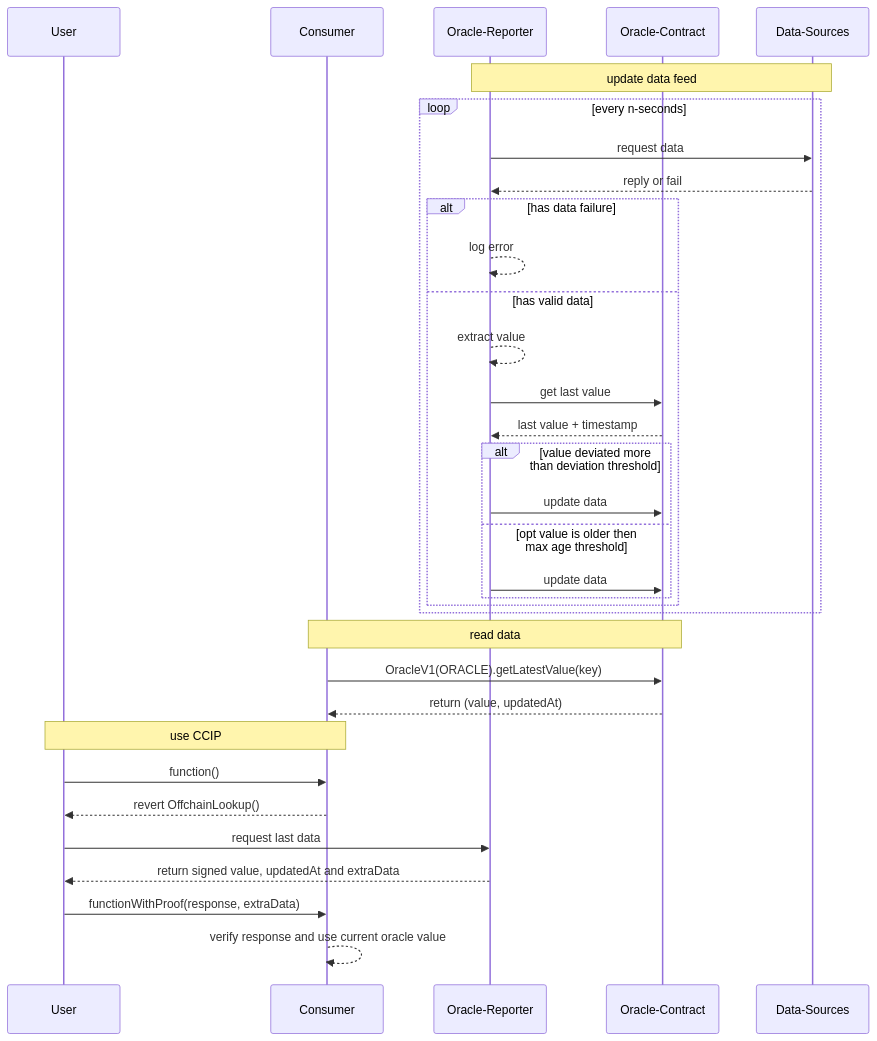
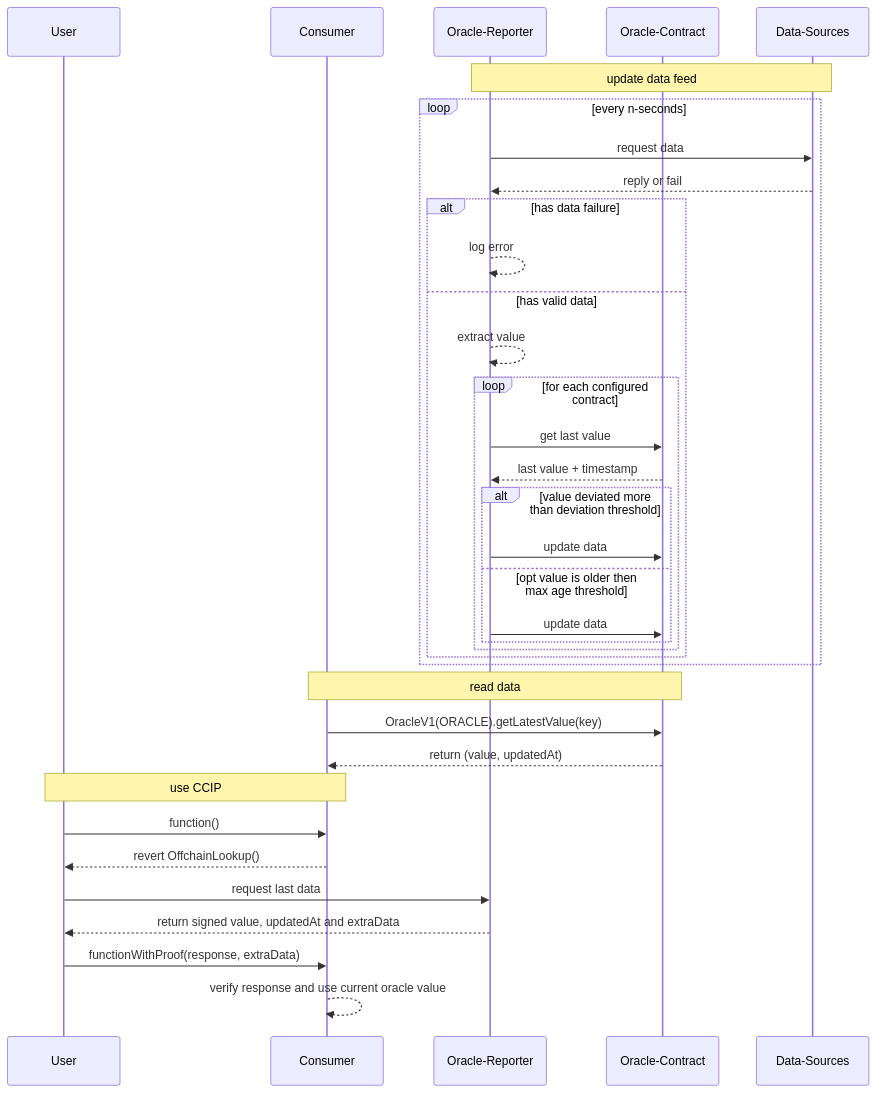
Before and after one commit to vechain/grant-program: the diagram in applications/oracle.vechain.energy.md, drawn with Mermaid. The commit also changed other lines of this file, not shown here.

````diff
--- a/applications/oracle.vechain.energy.md
+++ b/applications/oracle.vechain.energy.md
@@ -102,42 +106,45 @@
 ```mermaid
 sequenceDiagram
     participant User
     participant Consumer
     participant Oracle-Reporter
     participant Oracle-Contract
     participant Data-Sources
 
     note over Oracle-Reporter,Data-Sources: update data feed
     loop every n-seconds
       Oracle-Reporter->>Data-Sources: request data
       Data-Sources-->>Oracle-Reporter: reply or fail
 
       alt has data failure
         Oracle-Reporter-->>Oracle-Reporter: log error
       else has valid data
        Oracle-Reporter-->>Oracle-Reporter: extract value
-        Oracle-Reporter->>Oracle-Contract: get last value
-        Oracle-Contract-->>Oracle-Reporter: last value + timestamp
 
-        alt value deviated more than deviation threshold
-          Oracle-Reporter->>Oracle-Contract: update data
-        else opt value is older then max age threshold
-          Oracle-Reporter->>Oracle-Contract: update data
+       loop for each configured contract
+         Oracle-Reporter->>Oracle-Contract: get last value
+         Oracle-Contract-->>Oracle-Reporter: last value + timestamp
+
+          alt value deviated more than deviation threshold
+            Oracle-Reporter->>Oracle-Contract: update data
+          else opt value is older then max age threshold
+            Oracle-Reporter->>Oracle-Contract: update data
+          end
         end
       end
     end
 
 
     note over Consumer,Oracle-Contract: read data
     Consumer->>Oracle-Contract: OracleV1(ORACLE).getLatestValue(key)
     Oracle-Contract-->>Consumer: return (value, updatedAt)
 
 
     note over User,Consumer: use CCIP
     User->>Consumer: function()
     Consumer-->>User: revert OffchainLookup()
     User->>Oracle-Reporter: request last data
     Oracle-Reporter-->>User: return signed value, updatedAt and extraData
     User->>Consumer: functionWithProof(response, extraData)
     Consumer-->>Consumer: verify response and use current oracle value
 ```
````
